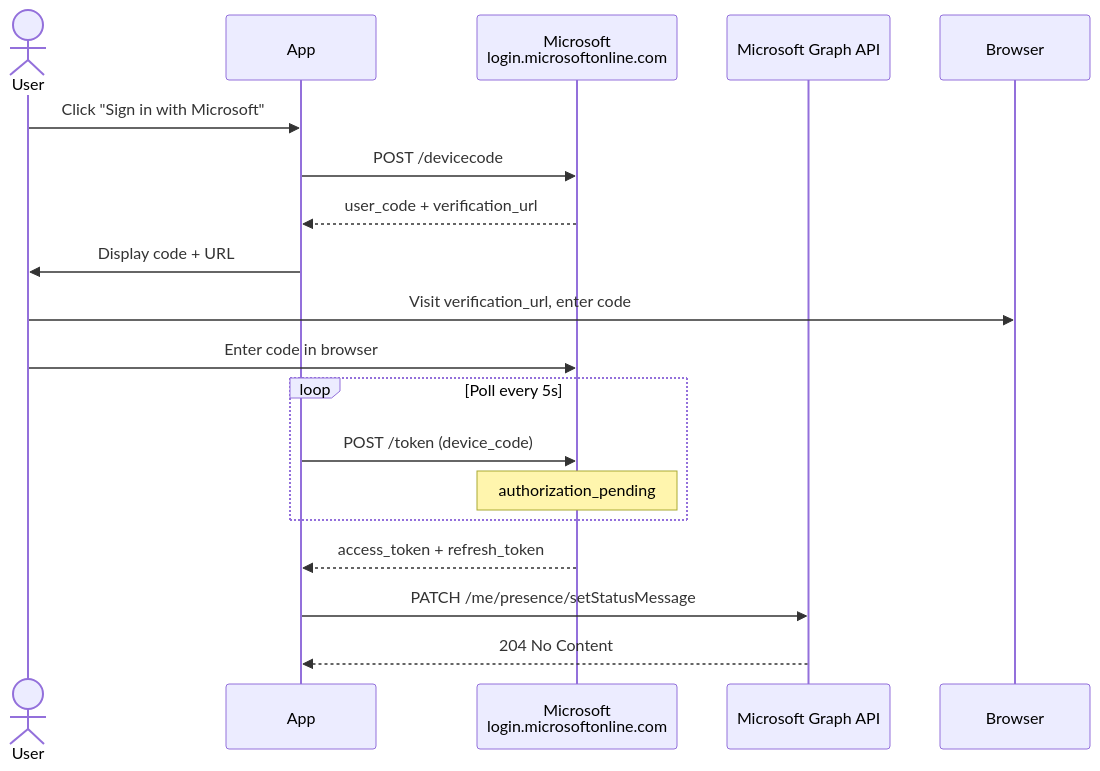
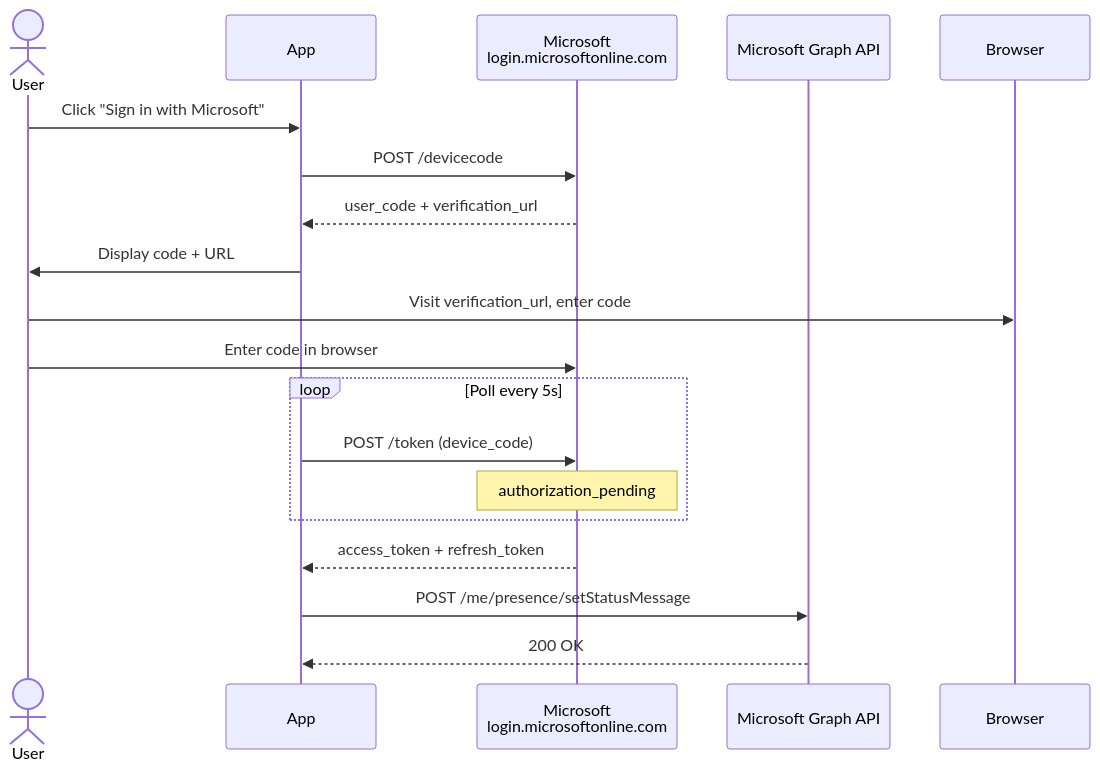
One commit to Carme99/PresenceJam-Desktop changed the fourth of 8 diagrams in ARCHITECTURE.md. Above: the diagram before and after it, drawn with Mermaid. The commit also changed other lines of this file, not shown here.

Commit message:
docs(arch): use POST /200 for setStatusMessage in diagrams (#166)

````diff
--- a/ARCHITECTURE.md
+++ b/ARCHITECTURE.md
@@ -152,21 +152,21 @@
 ```mermaid
 sequenceDiagram
     actor User
     participant App
     participant Microsoft as Microsoft<br/>login.microsoftonline.com
     participant Teams as Microsoft Graph API
 
     User->>App: Click "Sign in with Microsoft"
     App->>Microsoft: POST /devicecode
     Microsoft-->>App: user_code + verification_url
     App->>User: Display code + URL
     User->>Browser: Visit verification_url, enter code
     User->>Microsoft: Enter code in browser
     loop Poll every 5s
         App->>Microsoft: POST /token (device_code)
         Note over Microsoft: authorization_pending
     end
     Microsoft-->>App: access_token + refresh_token
-    App->>Teams: PATCH /me/presence/setStatusMessage
-    Teams-->>App: 204 No Content
+    App->>Teams: POST /me/presence/setStatusMessage
+    Teams-->>App: 200 OK
 ```
````
